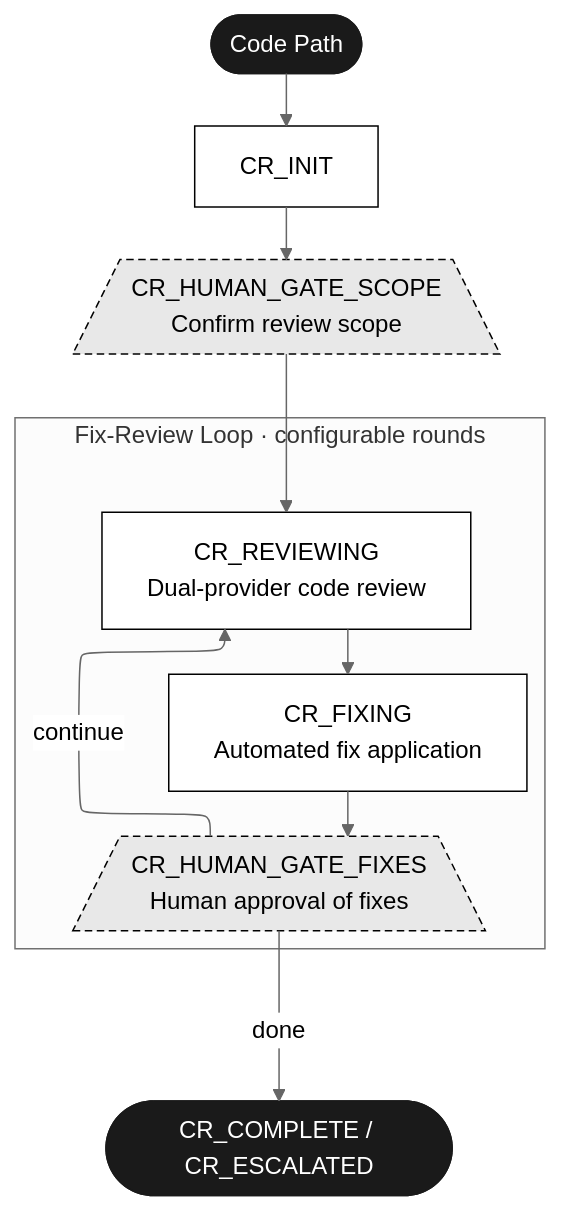
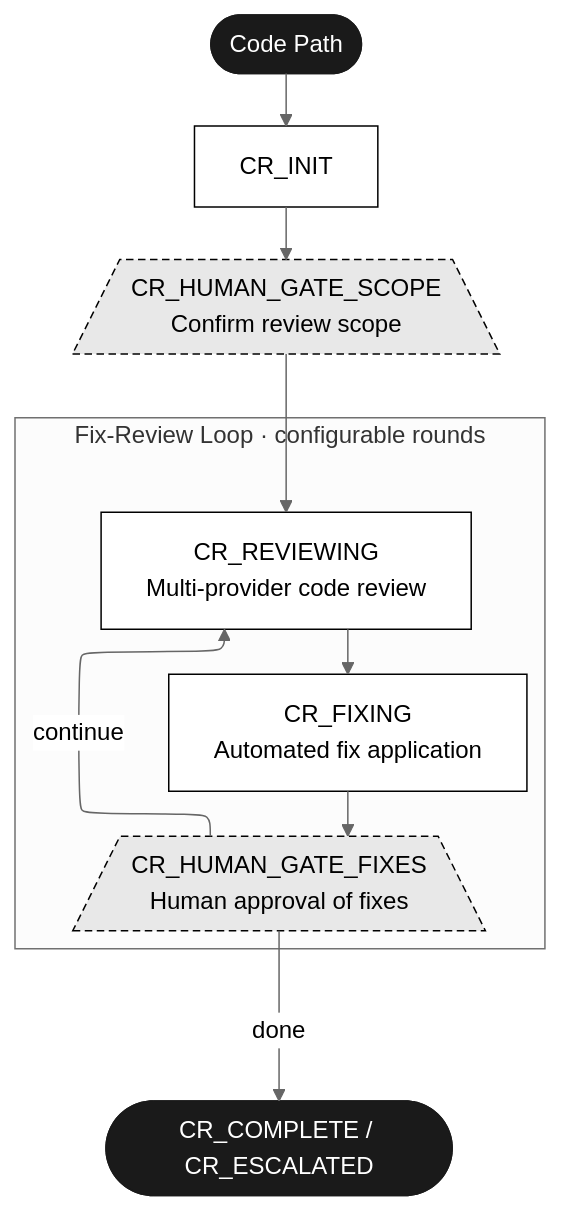
Before and after one commit to nixlim/spec_system: the second of 3 diagrams in README.md, drawn with Mermaid. The commit also changed other lines of this file and 1 other file, not shown here.

First line of the commit message:
docs: update README and operations manual for triple-provider support

````diff
--- a/README.md
+++ b/README.md
@@ -76,27 +76,27 @@
 ```mermaid
 %%{init: {"theme": "neutral", "flowchart": {"defaultRenderer": "elk"}}}%%
 flowchart TD
     CP([Code Path])
     CRINIT[CR_INIT]
     CRHGS[/CR_HUMAN_GATE_SCOPE<br/>Confirm review scope\]
 
     subgraph CRLOOP["Fix-Review Loop · configurable rounds"]
         direction TB
-        CRREV[CR_REVIEWING<br/>Dual-provider code review]
+        CRREV[CR_REVIEWING<br/>Multi-provider code review]
         CRFIX[CR_FIXING<br/>Automated fix application]
         CRHGF[/CR_HUMAN_GATE_FIXES<br/>Human approval of fixes\]
     end
 
     CRDONE([CR_COMPLETE / CR_ESCALATED])
 
     CP --> CRINIT --> CRHGS --> CRREV --> CRFIX --> CRHGF
     CRHGF -- continue --> CRREV
     CRHGF -- done --> CRDONE
 
     classDef agent fill:#ffffff,stroke:#000000,color:#000000
     classDef gate fill:#e8e8e8,stroke:#000000,color:#000000,stroke-dasharray:5 3
     classDef terminal fill:#1a1a1a,stroke:#1a1a1a,color:#ffffff
     class CRINIT,CRREV,CRFIX agent
     class CRHGS,CRHGF gate
     class CP,CRDONE terminal
 ```
````
